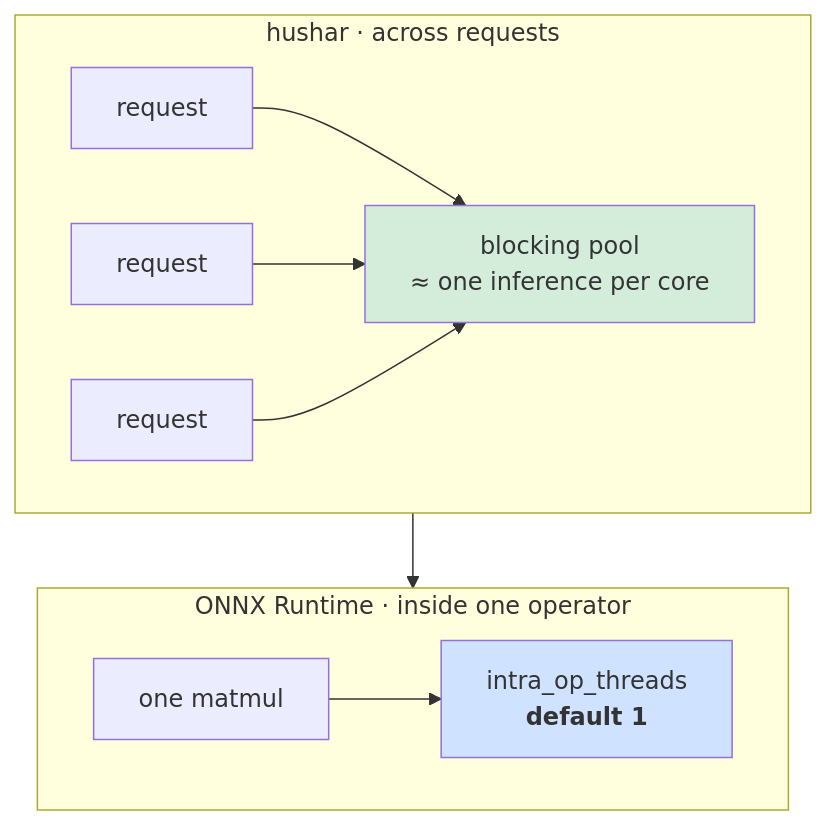
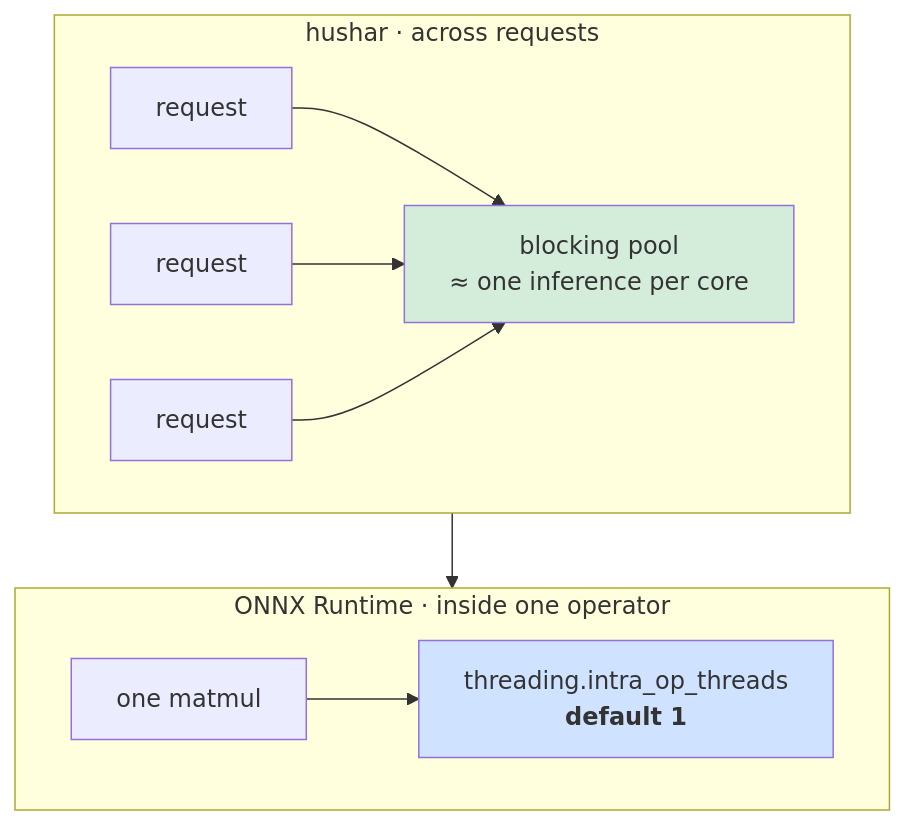
The fourth of 6 diagrams in documentation/hardware.md (PratikBarhate/hushar), drawn with Mermaid before and after one commit. The commit also changed other lines of this file and 57 other files, not shown here.

````diff
--- a/documentation/hardware.md
+++ b/documentation/hardware.md
@@ -117,14 +196,14 @@
 ```mermaid
 flowchart TB
   subgraph a["hushar · across requests"]
     r1["request"] --> p["blocking pool<br/>≈ one inference per core"]
     r2["request"] --> p
     r3["request"] --> p
   end
   subgraph b["ONNX Runtime · inside one operator"]
-    op["one matmul"] --> it["intra_op_threads<br/><b>default 1</b>"]
+    op["one matmul"] --> it["threading.intra_op_threads<br/><b>default 1</b>"]
   end
   a --> b
   style p fill:#d4edda
   style it fill:#cfe2ff
 ```
````
